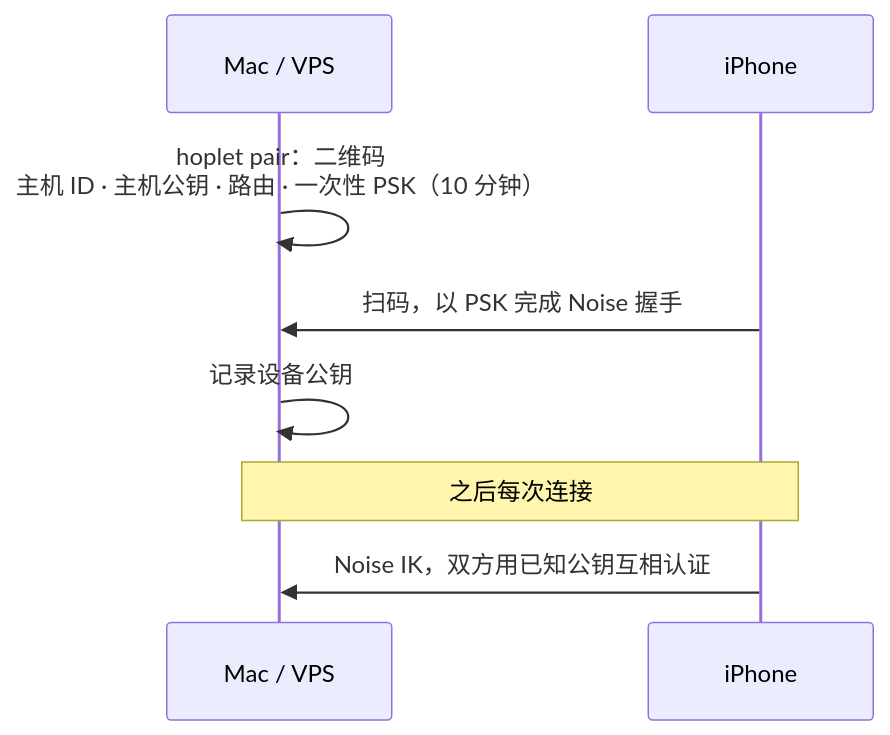
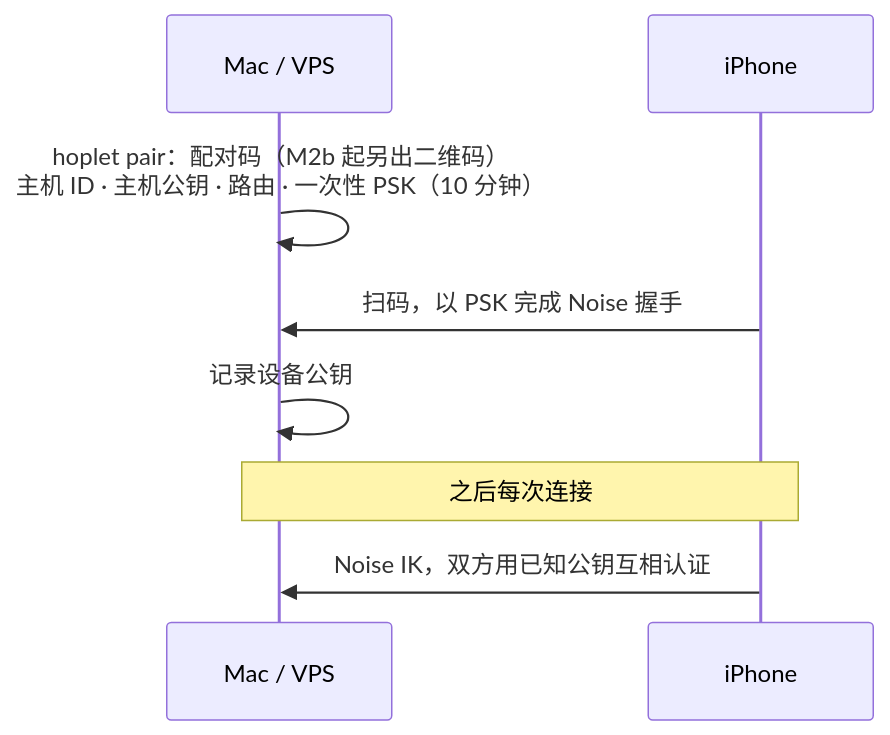
One commit to yangflow/hoplet changed the second of 3 diagrams in docs/design/0006-connectivity-security.md. Above: the diagram before and after it, drawn with Mermaid. The commit also changed other lines of this file and 2 other files, not shown here.

````diff
--- a/docs/design/0006-connectivity-security.md
+++ b/docs/design/0006-connectivity-security.md
@@ -44,10 +52,10 @@
 ```mermaid
 sequenceDiagram
     participant M as Mac / VPS
     participant P as iPhone
-    M->>M: hoplet pair：二维码<br/>主机 ID · 主机公钥 · 路由 · 一次性 PSK（10 分钟）
+    M->>M: hoplet pair：配对码（M2b 起另出二维码）<br/>主机 ID · 主机公钥 · 路由 · 一次性 PSK（10 分钟）
     P->>M: 扫码，以 PSK 完成 Noise 握手
     M->>M: 记录设备公钥
     Note over P,M: 之后每次连接
     P->>M: Noise IK，双方用已知公钥互相认证
 ```
````
